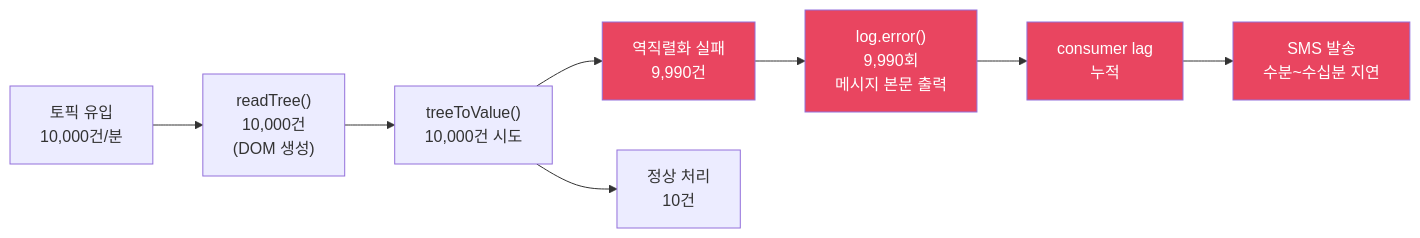
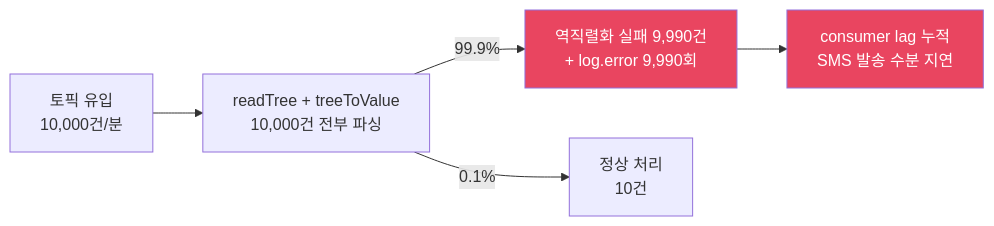
One commit to hyungkishin/hyungkishin.github.io changed the second of 4 diagrams in contents/posts/roopers/technical-writing/round4/index.md. Above: the diagram before and after it, drawn with Mermaid. The commit also changed other lines of this file and 7 other files, not shown here.

````diff
--- a/contents/posts/roopers/technical-writing/round4/index.md
+++ b/contents/posts/roopers/technical-writing/round4/index.md
@@ -113,20 +104,15 @@
 ```mermaid
 flowchart LR
     input["토픽 유입<br/>10,000건/분"]
-    parse["readTree()<br/>10,000건<br/>(DOM 생성)"]
-    deser["treeToValue()<br/>10,000건 시도"]
-    fail["역직렬화 실패<br/>9,990건"]
-    logErr["log.error()<br/>9,990회<br/>메시지 본문 출력"]
+    parse["readTree + treeToValue<br/>10,000건 전부 파싱"]
+    fail["역직렬화 실패 9,990건<br/>+ log.error 9,990회"]
     ok["정상 처리<br/>10건"]
-    lag["consumer lag<br/>누적"]
-    delay["SMS 발송<br/>수분~수십분 지연"]
+    lag["consumer lag 누적<br/>SMS 발송 수분 지연"]
 
-    input --> parse --> deser
-    deser --> fail --> logErr --> lag --> delay
-    deser --> ok
+    input --> parse
+    parse -->|"99.9%"| fail --> lag
+    parse -->|"0.1%"| ok
 
     style fail fill:#e94560,color:#ffffff
-    style logErr fill:#e94560,color:#ffffff
     style lag fill:#e94560,color:#ffffff
-    style delay fill:#e94560,color:#ffffff
 ```
````
